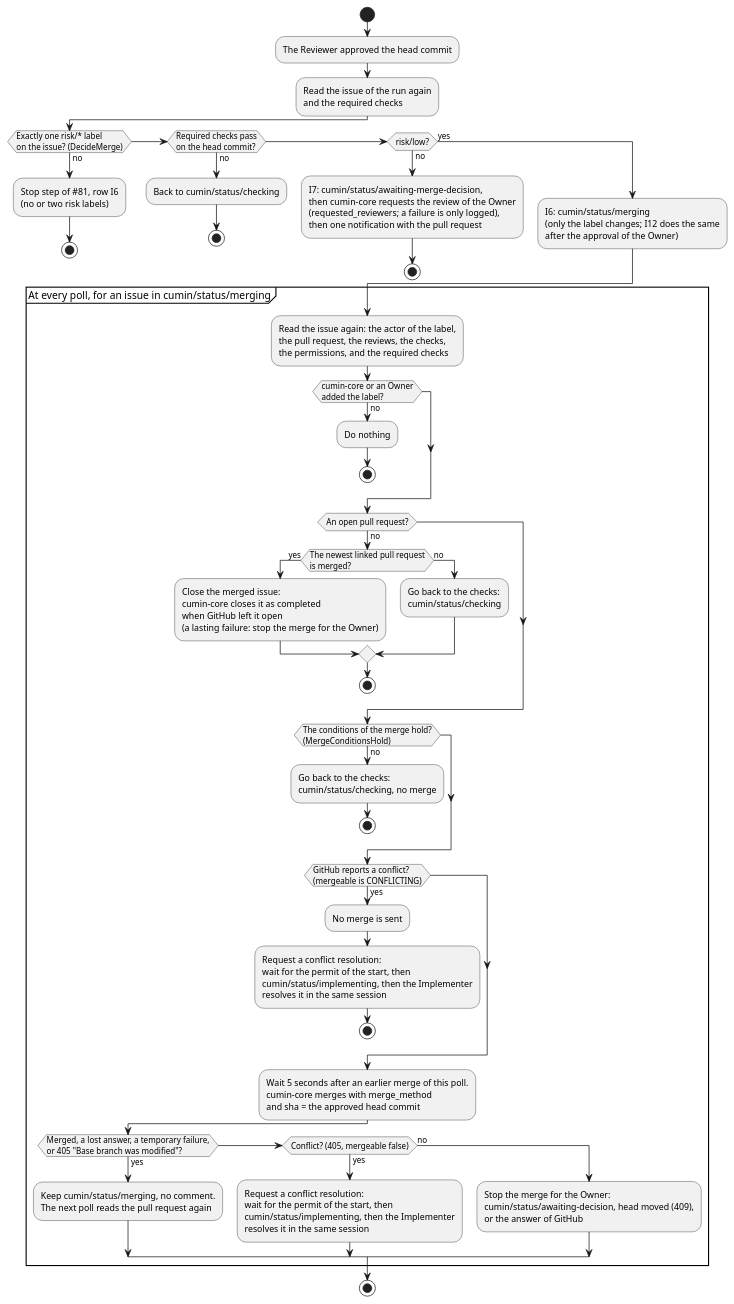
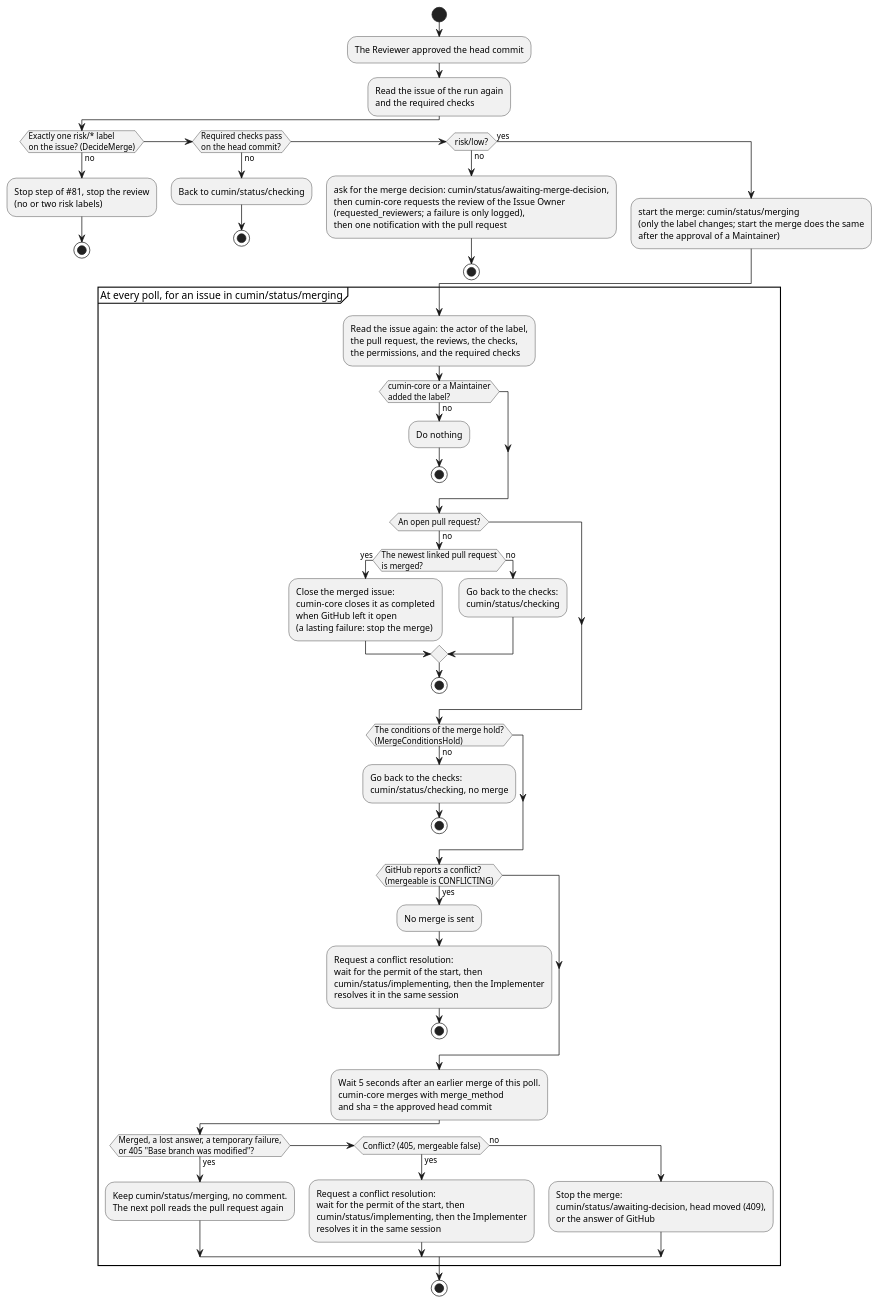
The diagram in docs/ja/designs/poll-merge.puml (cloveclovedev/cumin-works), drawn with PlantUML before and after one commit. The commit also changed 19 other files, not shown here.

```diff
--- a/docs/ja/designs/poll-merge.puml
+++ b/docs/ja/designs/poll-merge.puml
@@ -1,88 +1,88 @@
 @startuml poll-merge
-' cumin works - the approved pull request (I6, I7) and the steps in cumin/status/merging.
+' cumin works - the approved pull request (start the merge, ask for the merge decision) and the steps in cumin/status/merging.
 ' Document: poll.md, section on the merge step.
 ' Render: run scripts/render-diagrams.sh at the root of the repository.
 skinparam shadowing false
 skinparam defaultFontName sans-serif
 
 start
 :The Reviewer approved the head commit;
 :Read the issue of the run again
 and the required checks;
 if (Exactly one risk/* label
 on the issue? (DecideMerge)) then (no)
-  :Stop step of #81, row I6
+  :Stop step of #81, stop the review
   (no or two risk labels);
   stop
 elseif (Required checks pass
 on the head commit?) then (no)
   :Back to cumin/status/checking;
   stop
 elseif (risk/low?) then (no)
-  :I7: cumin/status/awaiting-merge-decision,
-  then cumin-core requests the review of the Owner
+  :ask for the merge decision: cumin/status/awaiting-merge-decision,
+  then cumin-core requests the review of the Issue Owner
   (requested_reviewers; a failure is only logged),
   then one notification with the pull request;
   stop
 else (yes)
-  :I6: cumin/status/merging
-  (only the label changes; I12 does the same
-  after the approval of the Owner);
+  :start the merge: cumin/status/merging
+  (only the label changes; start the merge does the same
+  after the approval of a Maintainer);
 endif
 partition "At every poll, for an issue in cumin/status/merging" {
   :Read the issue again: the actor of the label,
   the pull request, the reviews, the checks,
   the permissions, and the required checks;
-  if (cumin-core or an Owner
+  if (cumin-core or a Maintainer
 added the label?) then (no)
     :Do nothing;
     stop
   endif
   if (An open pull request?) then (no)
     if (The newest linked pull request
 is merged?) then (yes)
       :Close the merged issue:
       cumin-core closes it as completed
       when GitHub left it open
-      (a lasting failure: stop the merge for the Owner);
+      (a lasting failure: stop the merge);
     else (no)
       :Go back to the checks:
       cumin/status/checking;
     endif
     stop
   endif
   if (The conditions of the merge hold?
 (MergeConditionsHold)) then (no)
     :Go back to the checks:
     cumin/status/checking, no merge;
     stop
   endif
   if (GitHub reports a conflict?
 (mergeable is CONFLICTING)) then (yes)
     :No merge is sent;
     :Request a conflict resolution:
     wait for the permit of the start, then
     cumin/status/implementing, then the Implementer
     resolves it in the same session;
     stop
   endif
   :Wait 5 seconds after an earlier merge of this poll.
   cumin-core merges with merge_method
   and sha = the approved head commit;
   if (Merged, a lost answer, a temporary failure,
 or 405 "Base branch was modified"?) then (yes)
     :Keep cumin/status/merging, no comment.
     The next poll reads the pull request again;
   elseif (Conflict? (405, mergeable false)) then (yes)
     :Request a conflict resolution:
     wait for the permit of the start, then
     cumin/status/implementing, then the Implementer
     resolves it in the same session;
   else (no)
-    :Stop the merge for the Owner:
+    :Stop the merge:
     cumin/status/awaiting-decision, head moved (409),
     or the answer of GitHub;
   endif
 }
 stop
 @enduml
```
